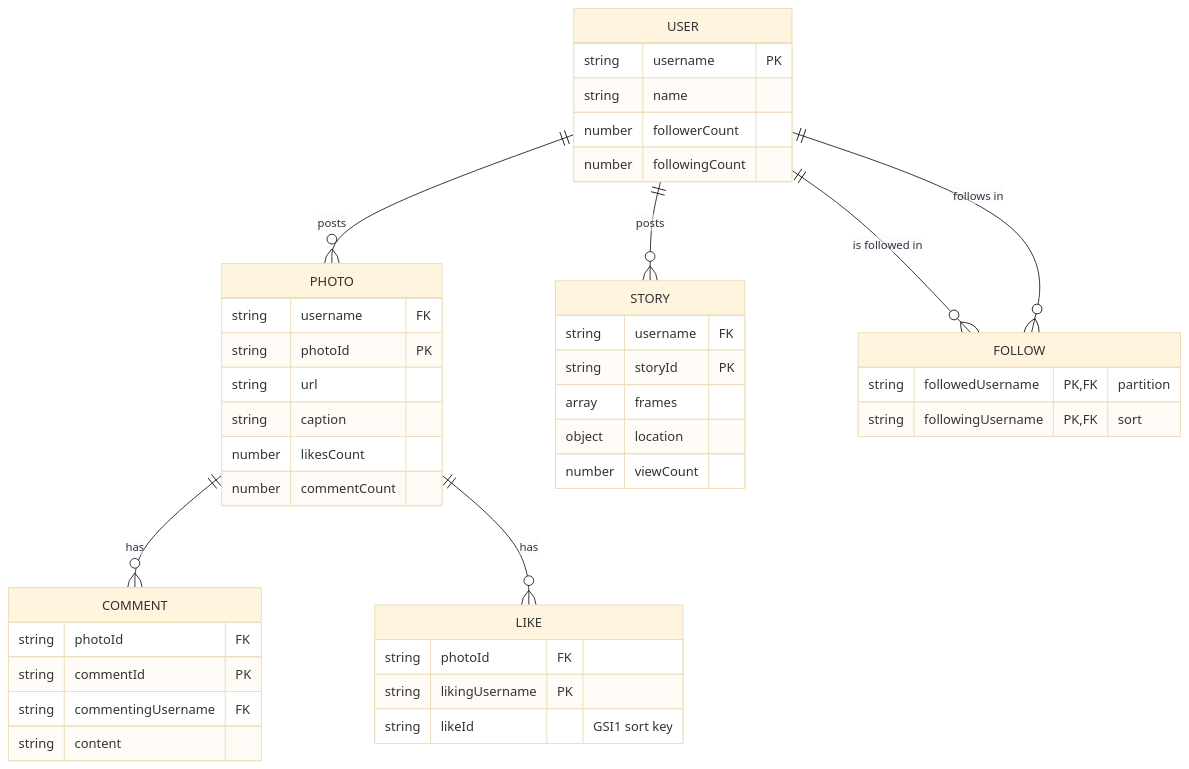
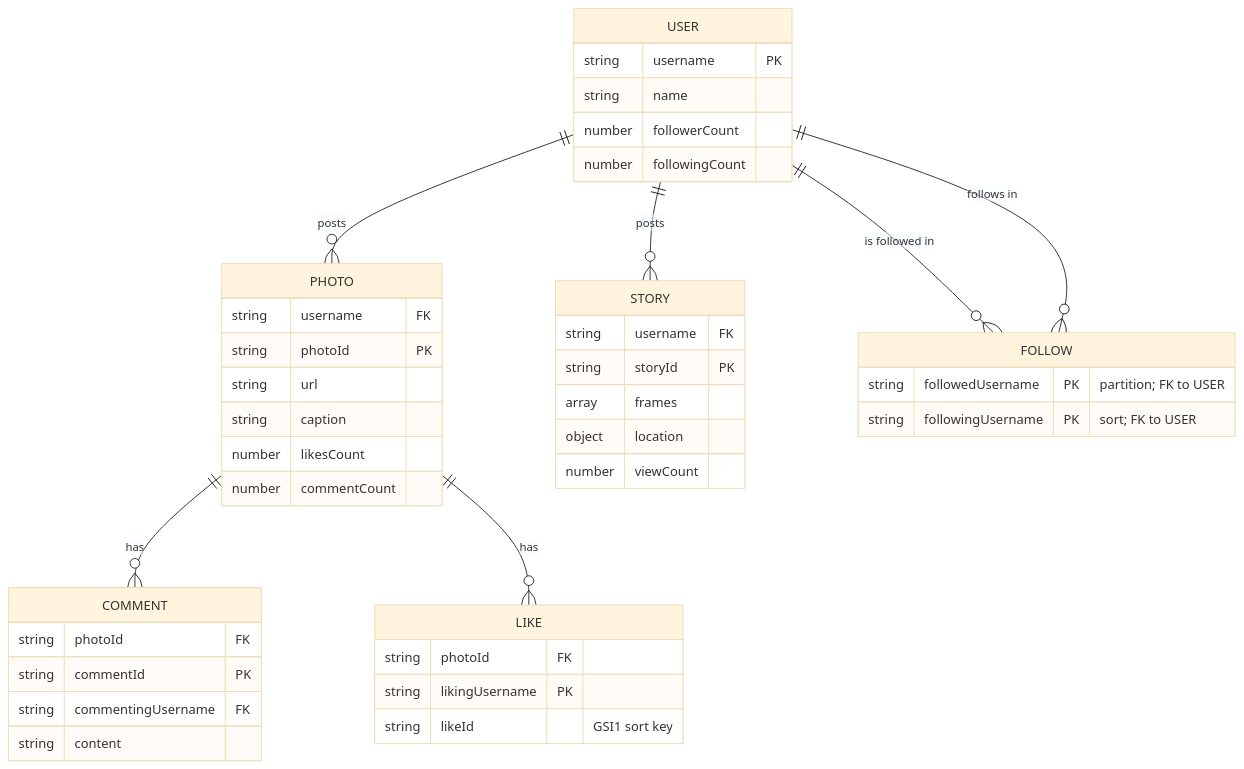
Before and after one commit to ftschopp/dynatable: the diagram in apps/docs/docs/examples/instagram-clone.md, drawn with Mermaid (base theme).

Commit message:
fix(docs): drop unsupported PK,FK qualifier from Mermaid erDiagram
Mermaid erDiagram does not accept comma-separated key qualifiers like
PK,FK — that triggers a render-time parse error. Use PK only and move
the FK note into the attribute comment.

````diff
--- a/apps/docs/docs/examples/instagram-clone.md
+++ b/apps/docs/docs/examples/instagram-clone.md
@@ -13,46 +13,46 @@
 ```mermaid
 erDiagram
     USER  ||--o{ PHOTO   : "posts"
     USER  ||--o{ STORY   : "posts"
     PHOTO ||--o{ COMMENT : "has"
     PHOTO ||--o{ LIKE    : "has"
     USER  ||--o{ FOLLOW  : "is followed in"
     USER  ||--o{ FOLLOW  : "follows in"
 
     USER {
         string username PK
         string name
         number followerCount
         number followingCount
     }
     PHOTO {
         string username FK
         string photoId PK
         string url
         string caption
         number likesCount
         number commentCount
     }
     STORY {
         string username FK
         string storyId PK
         array  frames
         object location
         number viewCount
     }
     COMMENT {
         string photoId FK
         string commentId PK
         string commentingUsername FK
         string content
     }
     LIKE {
         string photoId FK
         string likingUsername PK
         string likeId "GSI1 sort key"
     }
     FOLLOW {
-        string followedUsername  PK,FK "partition"
-        string followingUsername PK,FK "sort"
+        string followedUsername  PK "partition; FK to USER"
+        string followingUsername PK "sort; FK to USER"
     }
 ```
````
